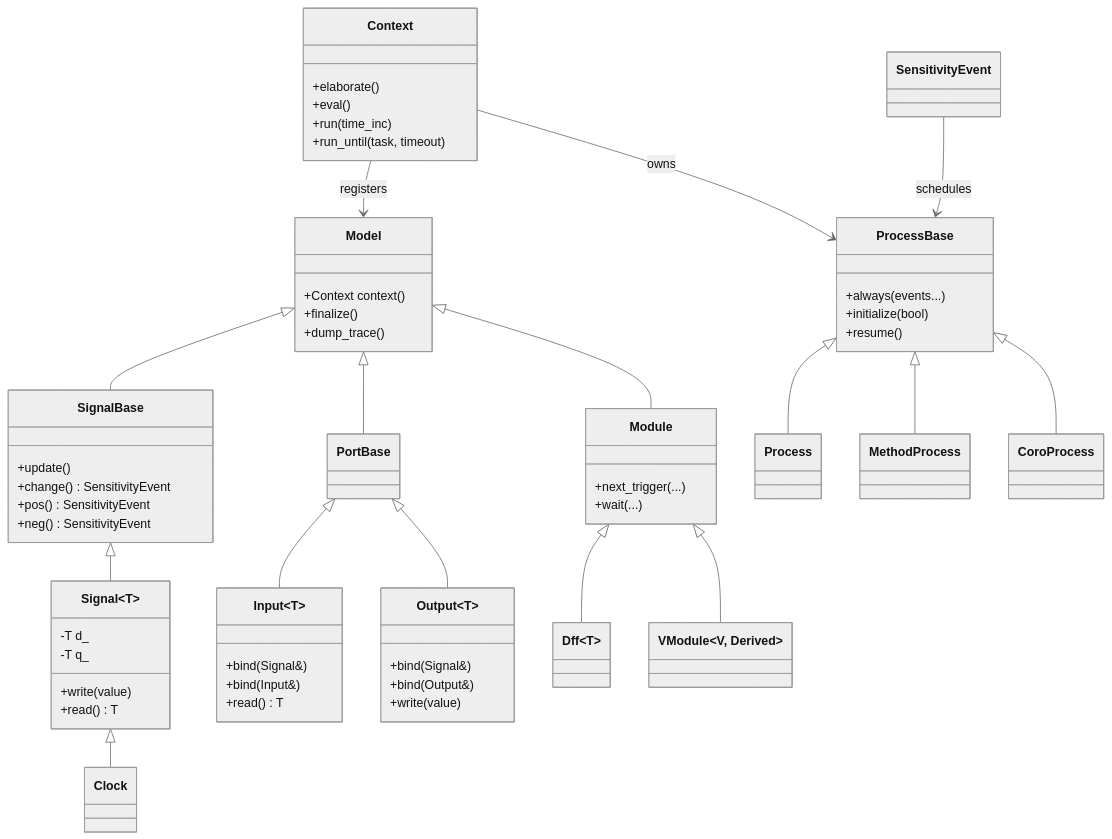
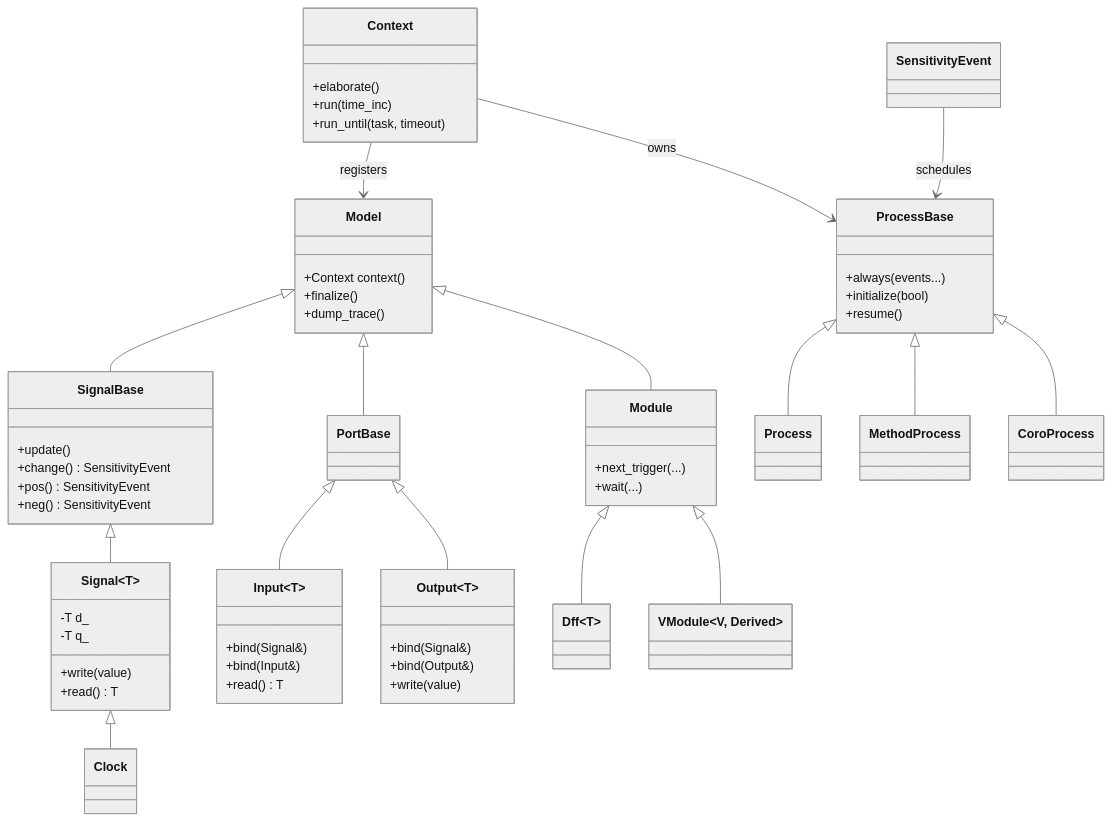
One commit to fsodari/dspsim changed the diagram in docs/Architecture.md. Above: the diagram before and after it, drawn with Mermaid (neutral theme). The commit also changed other lines of this file and 20 other files, not shown here.

````diff
--- a/docs/Architecture.md
+++ b/docs/Architecture.md
@@ -11,61 +11,60 @@
 ```mermaid
 classDiagram
     Model <|-- SignalBase
     Model <|-- PortBase
     Model <|-- Module
     SignalBase <|-- Signal~T~
     Signal~T~ <|-- Clock
     PortBase <|-- Input~T~
     PortBase <|-- Output~T~
     Module <|-- Dff~T~
     Module <|-- VModule~V, Derived~
     ProcessBase <|-- Process
     ProcessBase <|-- MethodProcess
     ProcessBase <|-- CoroProcess
 
     class Model {
         +Context context()
         +finalize()
         +dump_trace()
     }
     class Context {
         +elaborate()
-        +eval()
         +run(time_inc)
         +run_until(task, timeout)
     }
     class SignalBase {
         +update()
         +change() SensitivityEvent
         +pos() SensitivityEvent
         +neg() SensitivityEvent
     }
     class Signal~T~ {
         -T d_
         -T q_
         +write(value)
         +read() T
     }
     class Input~T~ {
         +bind(Signal&)
         +bind(Input&)
         +read() T
     }
     class Output~T~ {
         +bind(Signal&)
         +bind(Output&)
         +write(value)
     }
     class Module {
         +next_trigger(...)
         +wait(...)
     }
     class ProcessBase {
         +always(events...)
         +initialize(bool)
         +resume()
     }
     Context --> Model : registers
     Context --> ProcessBase : owns
     SensitivityEvent --> ProcessBase : schedules
 ```
````
